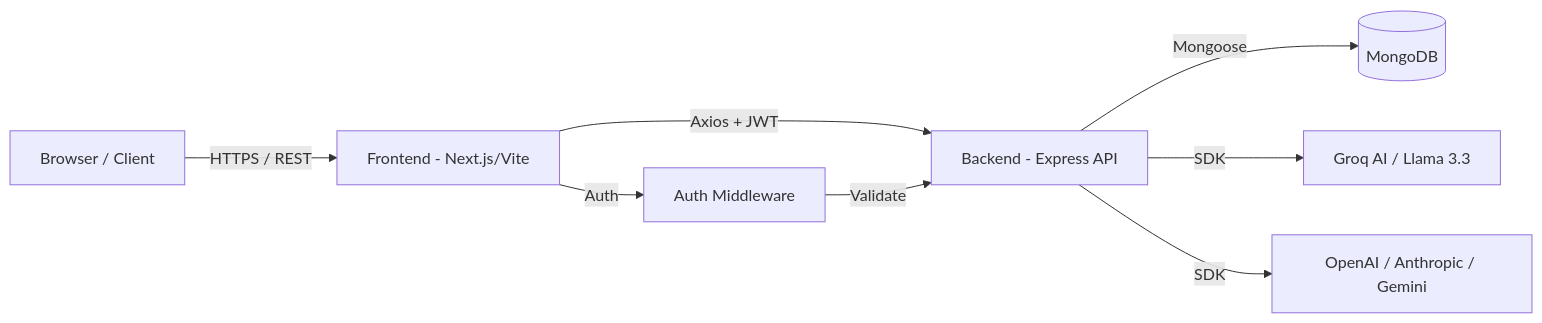
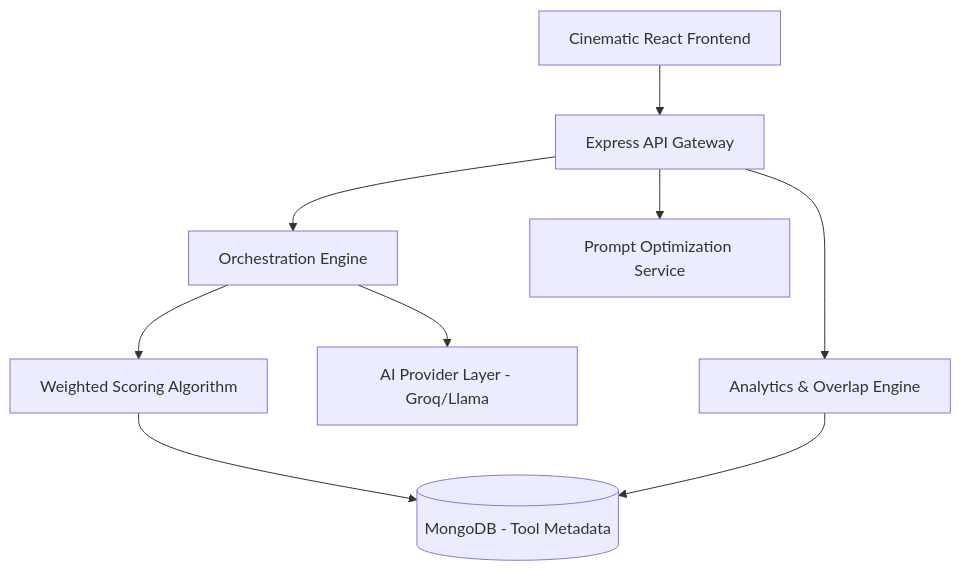
One commit to VimalBisht2021/agent-lensbackend changed the diagram in README.md. Above: the diagram before and after it, drawn with Mermaid. The commit also changed other lines of this file and 15 other files, not shown here.

````diff
--- a/README.md
+++ b/README.md
@@ -91,10 +116,11 @@
 ```mermaid
-graph LR
-    A[Browser / Client] -- HTTPS / REST --> B[Frontend - Next.js/Vite]
-    B -- Axios + JWT --> C[Backend - Express API]
-    C -- Mongoose --> D[(MongoDB)]
-    C -- SDK --> E[Groq AI / Llama 3.3]
-    C -- SDK --> F[OpenAI / Anthropic / Gemini]
-    B -- Auth --> G[Auth Middleware]
-    G -- Validate --> C
+graph TD
+    A[Cinematic React Frontend] --> B[Express API Gateway]
+    B --> C[Orchestration Engine]
+    B --> D[Prompt Optimization Service]
+    B --> E[Analytics & Overlap Engine]
+    C --> F[Weighted Scoring Algorithm]
+    C --> G[AI Provider Layer - Groq/Llama]
+    F --> H[(MongoDB - Tool Metadata)]
+    E --> H
 ```
````
